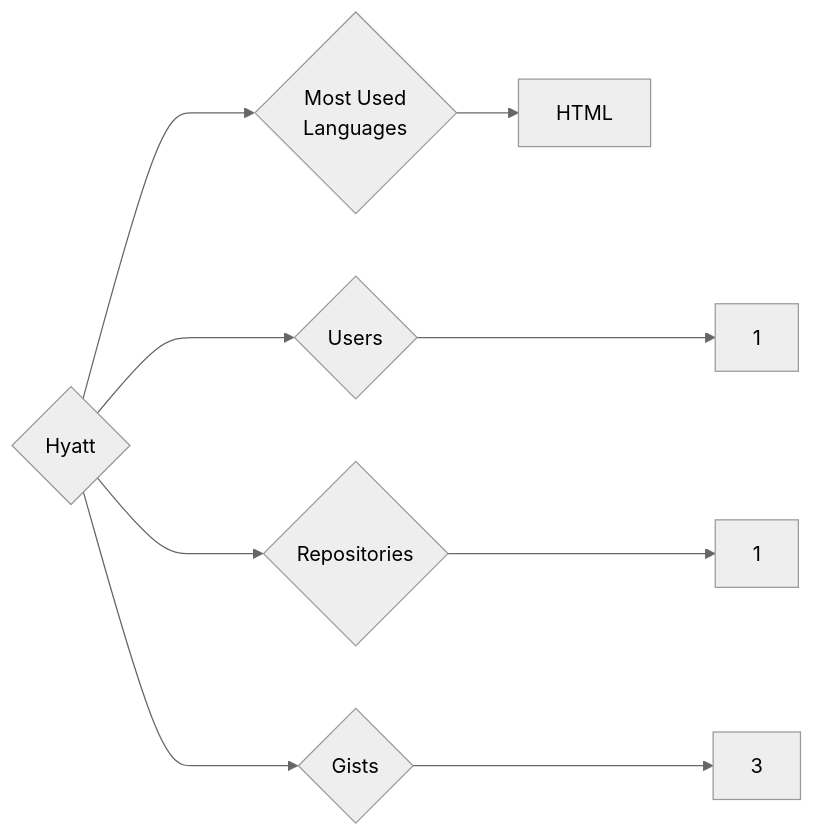
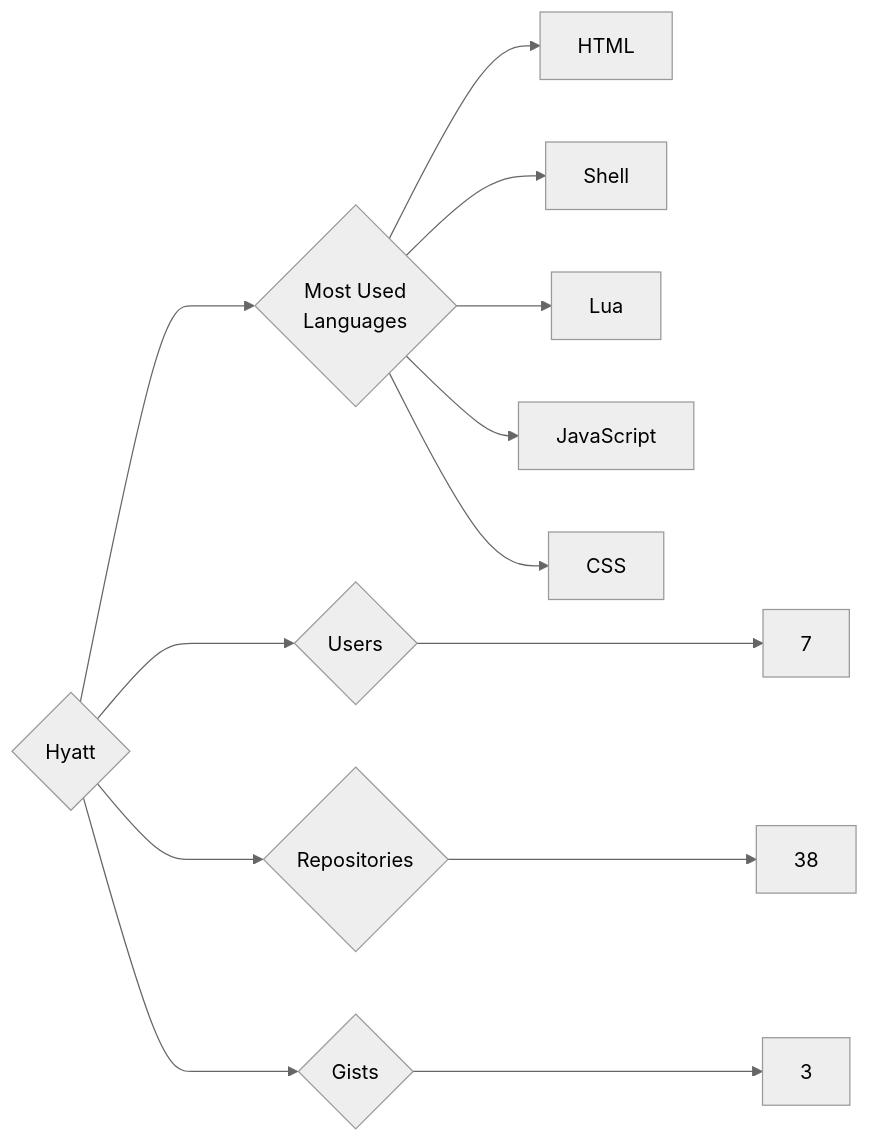
One commit to trickest/insiders changed the diagram in targets/Hyatt/README.md. Above: the diagram before and after it, drawn with Mermaid (neutral theme). The commit also changed 838 other files, not shown here.

````diff
--- a/targets/Hyatt/README.md
+++ b/targets/Hyatt/README.md
@@ -3,9 +3,13 @@
 ```mermaid
 graph LR
 COMPANY_NAME{Hyatt}
-COMPANY_NAME ---> U{Users} ---> UN[1]
-COMPANY_NAME ---> R{Repositories} ---> RN[1]
+COMPANY_NAME ---> U{Users} ---> UN[7]
+COMPANY_NAME ---> R{Repositories} ---> RN[38]
 COMPANY_NAME ---> G{Gists} ---> GN[3]
 COMPANY_NAME ---> ML{Most Used<br>Languages}
 ML --> HTML[HTML]
+ML --> Shell[Shell]
+ML --> Lua[Lua]
+ML --> JavaScript[JavaScript]
+ML --> CSS[CSS]
 ```
````
